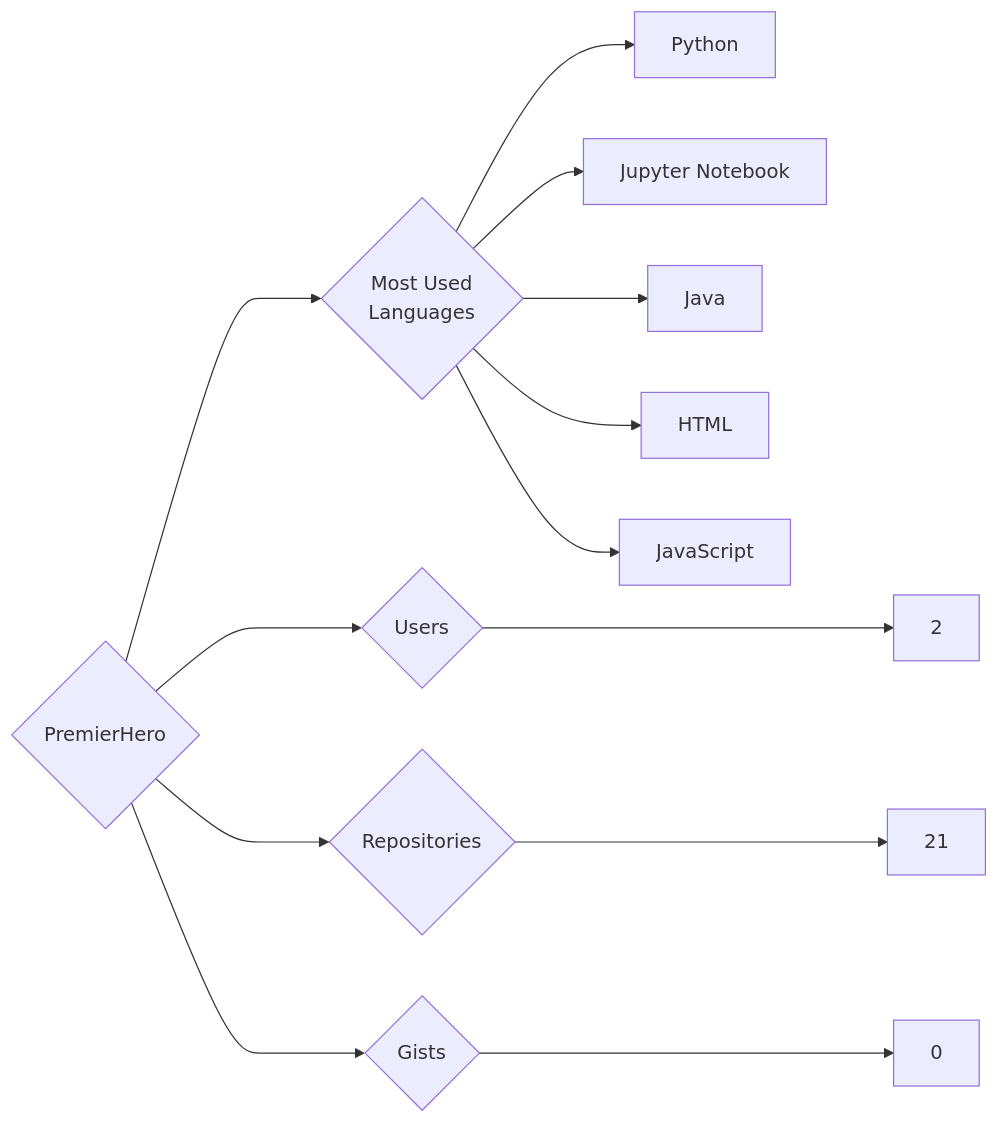
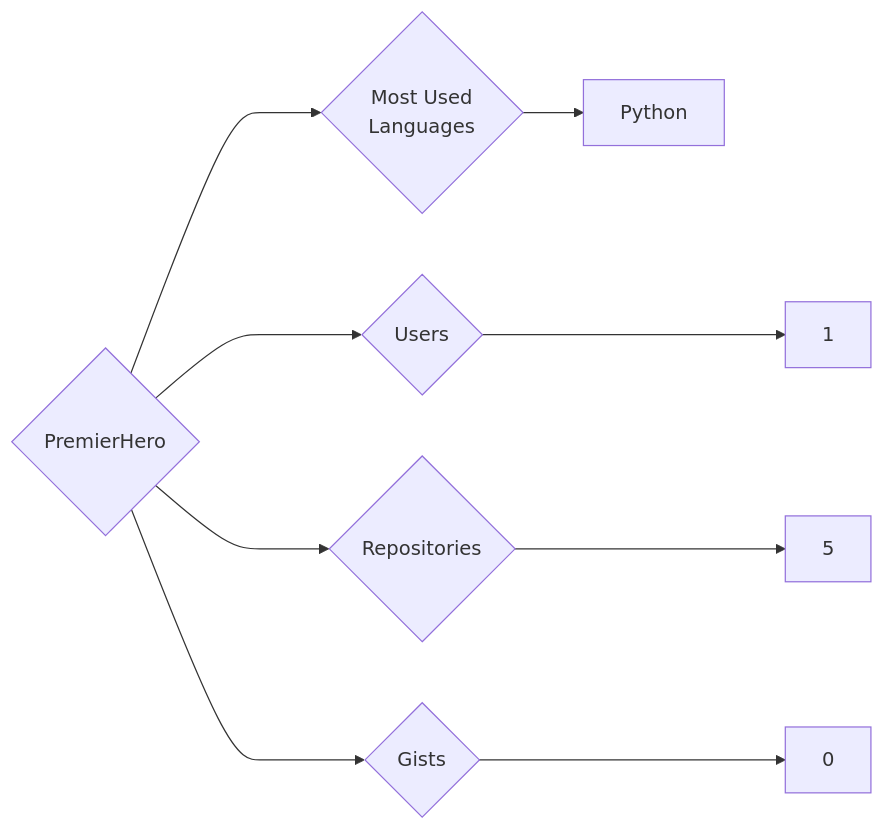
One commit to trickest/insiders changed the diagram in targets/PremierHero/README.md. Above: the diagram before and after it, drawn with Mermaid. The commit also changed 1508 other files, not shown here.

````diff
--- a/targets/PremierHero/README.md
+++ b/targets/PremierHero/README.md
@@ -3,13 +3,9 @@
 ```mermaid
 graph LR
 COMPANY_NAME{PremierHero}
-COMPANY_NAME ---> U{Users} ---> UN[2]
-COMPANY_NAME ---> R{Repositories} ---> RN[21]
+COMPANY_NAME ---> U{Users} ---> UN[1]
+COMPANY_NAME ---> R{Repositories} ---> RN[5]
 COMPANY_NAME ---> G{Gists} ---> GN[0]
 COMPANY_NAME ---> ML{Most Used<br>Languages}
 ML --> Python[Python]
-ML --> Jupyter_Notebook[Jupyter Notebook]
-ML --> Java[Java]
-ML --> HTML[HTML]
-ML --> JavaScript[JavaScript]
 ```
````
